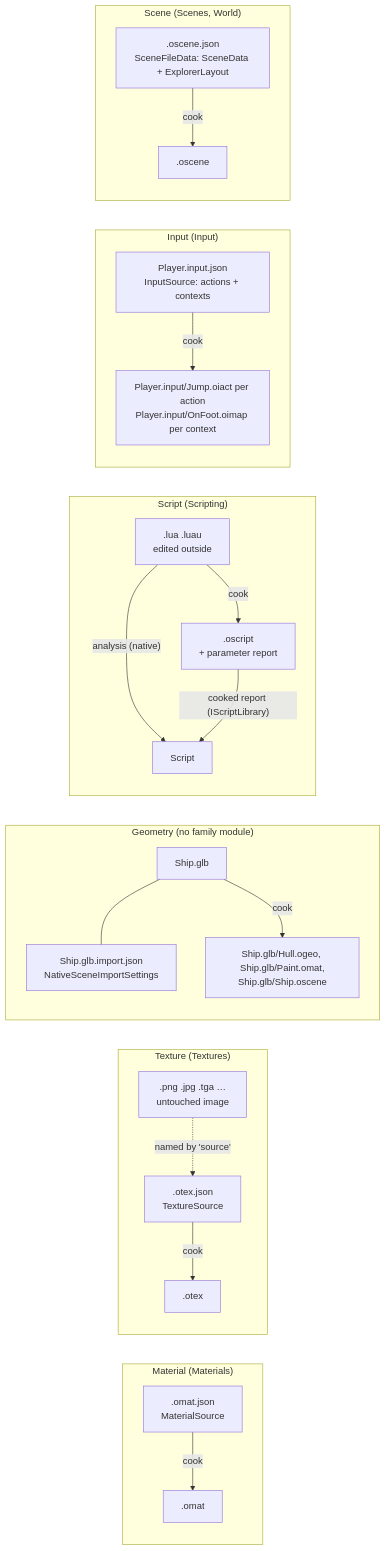
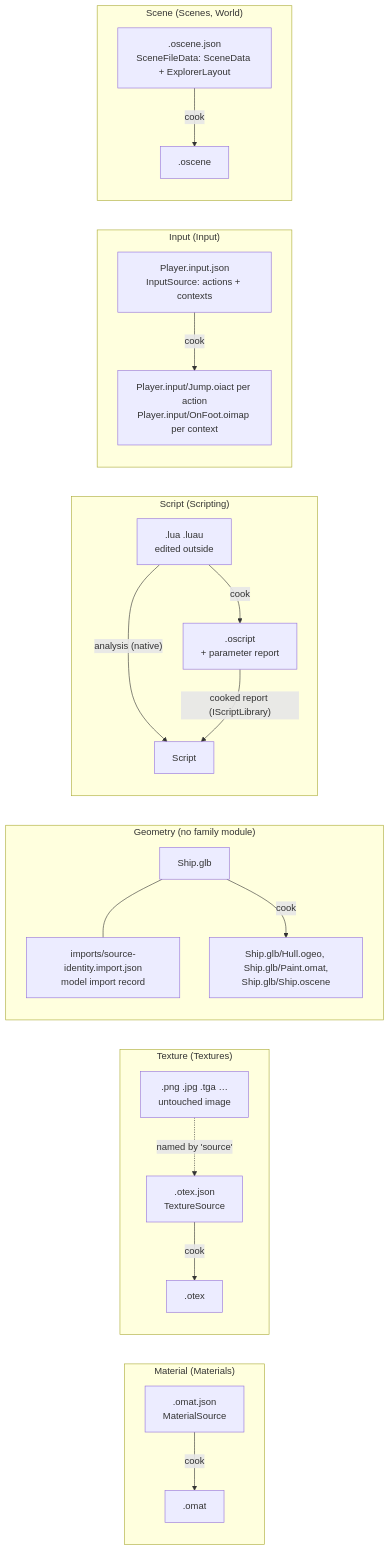
Before and after one commit to abdes/DroidNet: the second of 4 diagrams in design/editor/lld/asset-family-modules.md, drawn with Mermaid. The commit also changed other lines of this file and 21 other files, not shown here.

````diff
--- a/design/editor/lld/asset-family-modules.md
+++ b/design/editor/lld/asset-family-modules.md
@@ -317,27 +318,27 @@
 ```mermaid
 flowchart LR
     subgraph material["Material (Materials)"]
         M1[".omat.json<br/>MaterialSource"] -->|cook| M2[".omat"]
     end
     subgraph texture["Texture (Textures)"]
         T0[".png .jpg .tga …<br/>untouched image"]
         T1[".otex.json<br/>TextureSource"]
         T0 -.->|"named by 'source'"| T1
         T1 -->|cook| T2[".otex"]
     end
     subgraph geometry["Geometry (no family module)"]
-        G0["Ship.glb"] --- G1["Ship.glb.import.json<br/>NativeSceneImportSettings"]
+        G0["Ship.glb"] --- G1["imports/source-identity.import.json<br/>model import record"]
         G0 -->|cook| G2["Ship.glb/Hull.ogeo, Ship.glb/Paint.omat,<br/>Ship.glb/Ship.oscene"]
     end
     subgraph script["Script (Scripting)"]
         S0[".lua .luau<br/>edited outside"] -->|"analysis (native)"| S1["Script"]
         S0 -->|cook| S2[".oscript<br/>+ parameter report"]
         S2 -->|"cooked report (IScriptLibrary)"| S1
     end
     subgraph input["Input (Input)"]
         I0["Player.input.json<br/>InputSource: actions + contexts"] -->|cook| I1["Player.input/Jump.oiact per action<br/>Player.input/OnFoot.oimap per context"]
     end
     subgraph scene["Scene (Scenes, World)"]
         SC0[".oscene.json<br/>SceneFileData: SceneData + ExplorerLayout"] -->|cook| SC1[".oscene"]
     end
 ```
````
